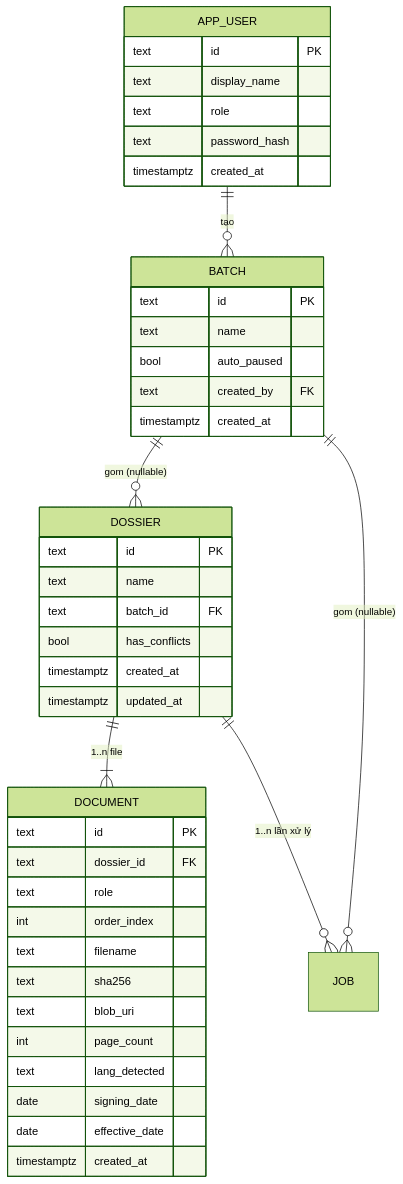
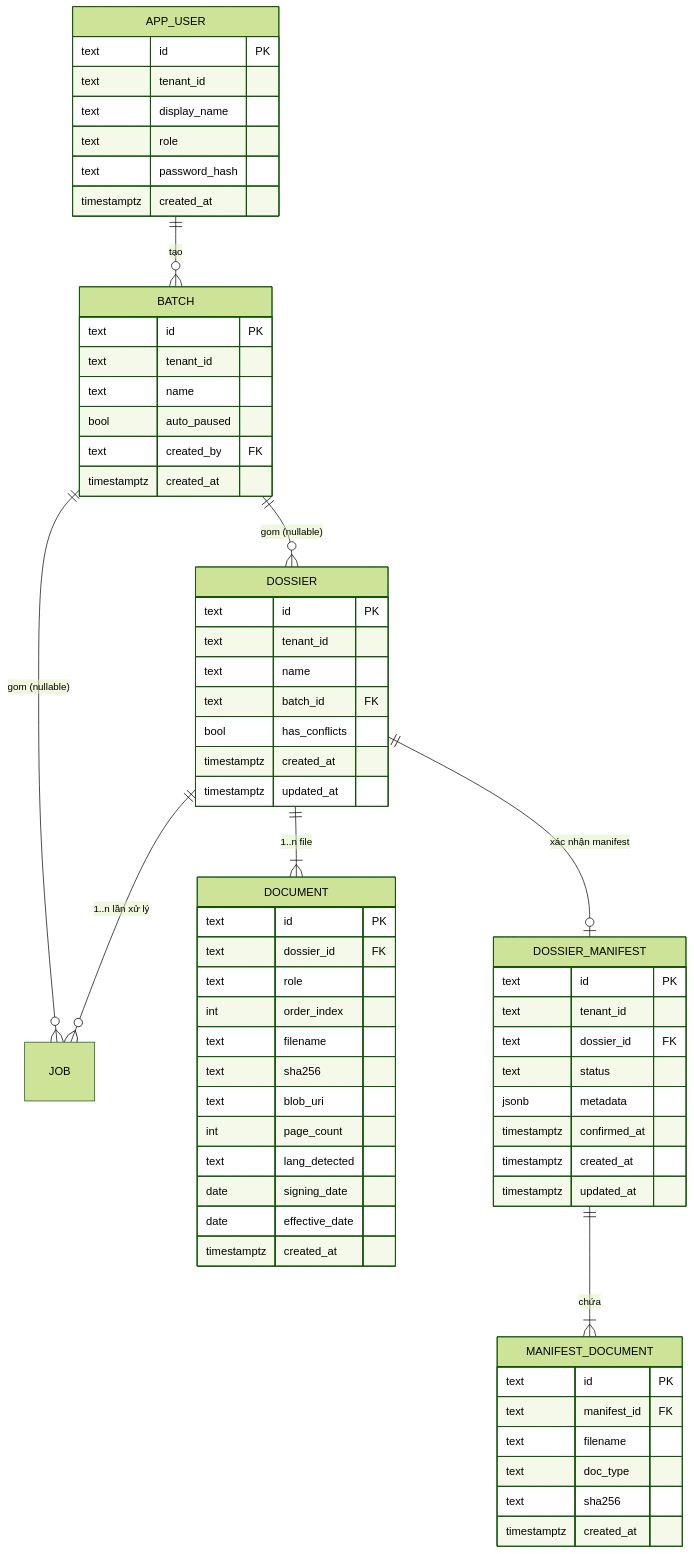
The second of 10 diagrams in docs/DOC-04c-database-erd.md (AI20K-VGR/contract-intelligence-core), drawn with Mermaid (forest theme) before and after one commit. The commit also changed other lines of this file and 5 other files, not shown here.

First line of the commit message:
docs: sync architecture, schema, api spec, and fe-be contract with semver

````diff
--- a/docs/DOC-04c-database-erd.md
+++ b/docs/DOC-04c-database-erd.md
@@ -170,45 +193,68 @@
 ```mermaid
 erDiagram
     APP_USER ||--o{ BATCH : "tạo"
     BATCH ||--o{ DOSSIER : "gom (nullable)"
     BATCH ||--o{ JOB : "gom (nullable)"
     DOSSIER ||--|{ DOCUMENT : "1..n file"
+    DOSSIER ||--o| DOSSIER_MANIFEST : "xác nhận manifest"
+    DOSSIER_MANIFEST ||--|{ MANIFEST_DOCUMENT : "chứa"
     DOSSIER ||--o{ JOB : "1..n lần xử lý"
 
     APP_USER {
         text id PK
+        text tenant_id
         text display_name
         text role
         text password_hash
         timestamptz created_at
     }
     BATCH {
         text id PK
+        text tenant_id
         text name
         bool auto_paused
         text created_by FK
         timestamptz created_at
     }
     DOSSIER {
         text id PK
+        text tenant_id
         text name
         text batch_id FK
         bool has_conflicts
         timestamptz created_at
         timestamptz updated_at
     }
     DOCUMENT {
         text id PK
         text dossier_id FK
         text role
         int order_index
         text filename
         text sha256
         text blob_uri
         int page_count
         text lang_detected
         date signing_date
         date effective_date
         timestamptz created_at
     }
+    DOSSIER_MANIFEST {
+        text id PK
+        text tenant_id
+        text dossier_id FK
+        text status
+        jsonb metadata
+        timestamptz confirmed_at
+        timestamptz created_at
+        timestamptz updated_at
+    }
+    MANIFEST_DOCUMENT {
+        text id PK
+        text manifest_id FK
+        text filename
+        text doc_type
+        text sha256
+        timestamptz created_at
+    }
 ```
````
